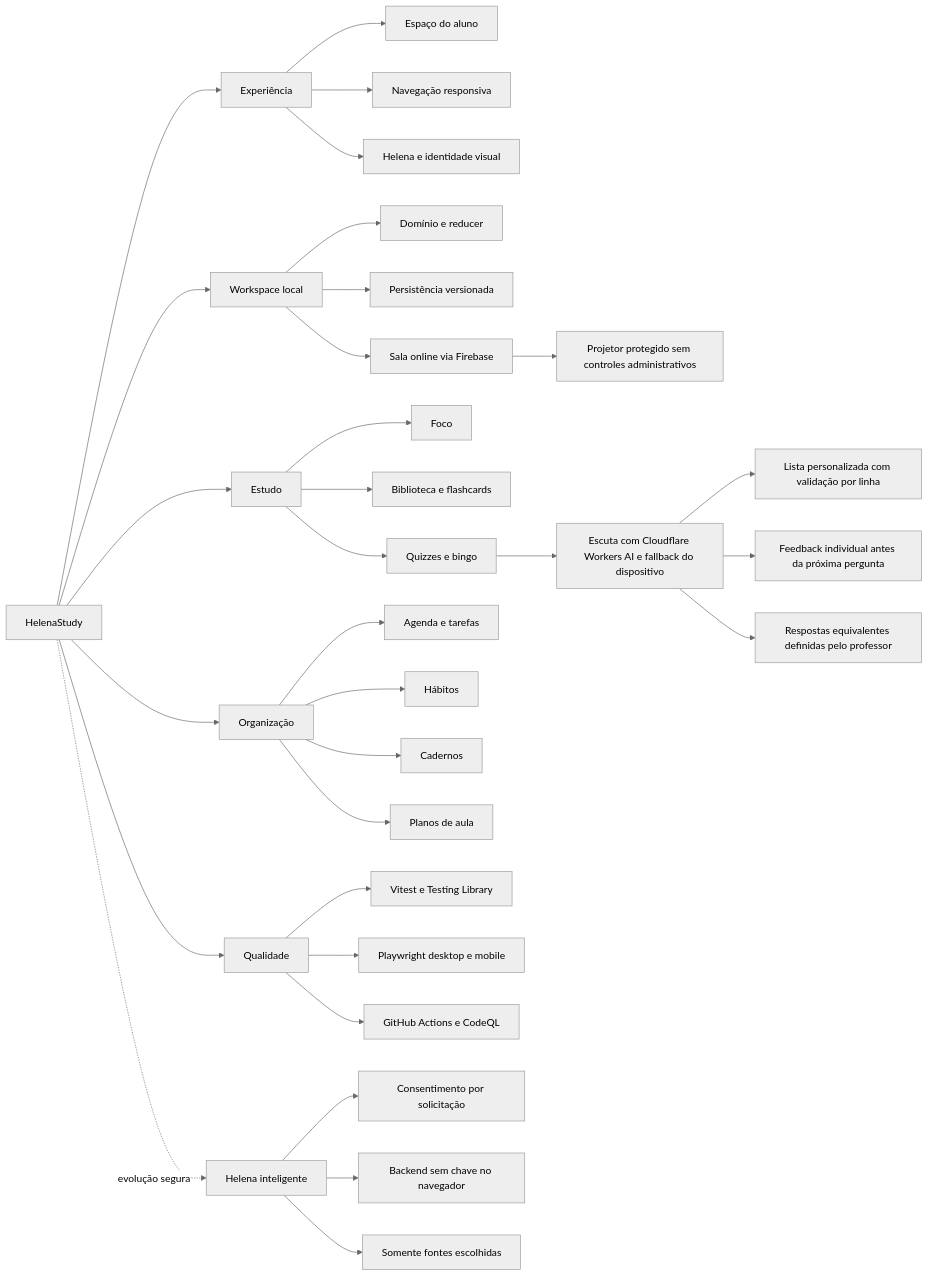
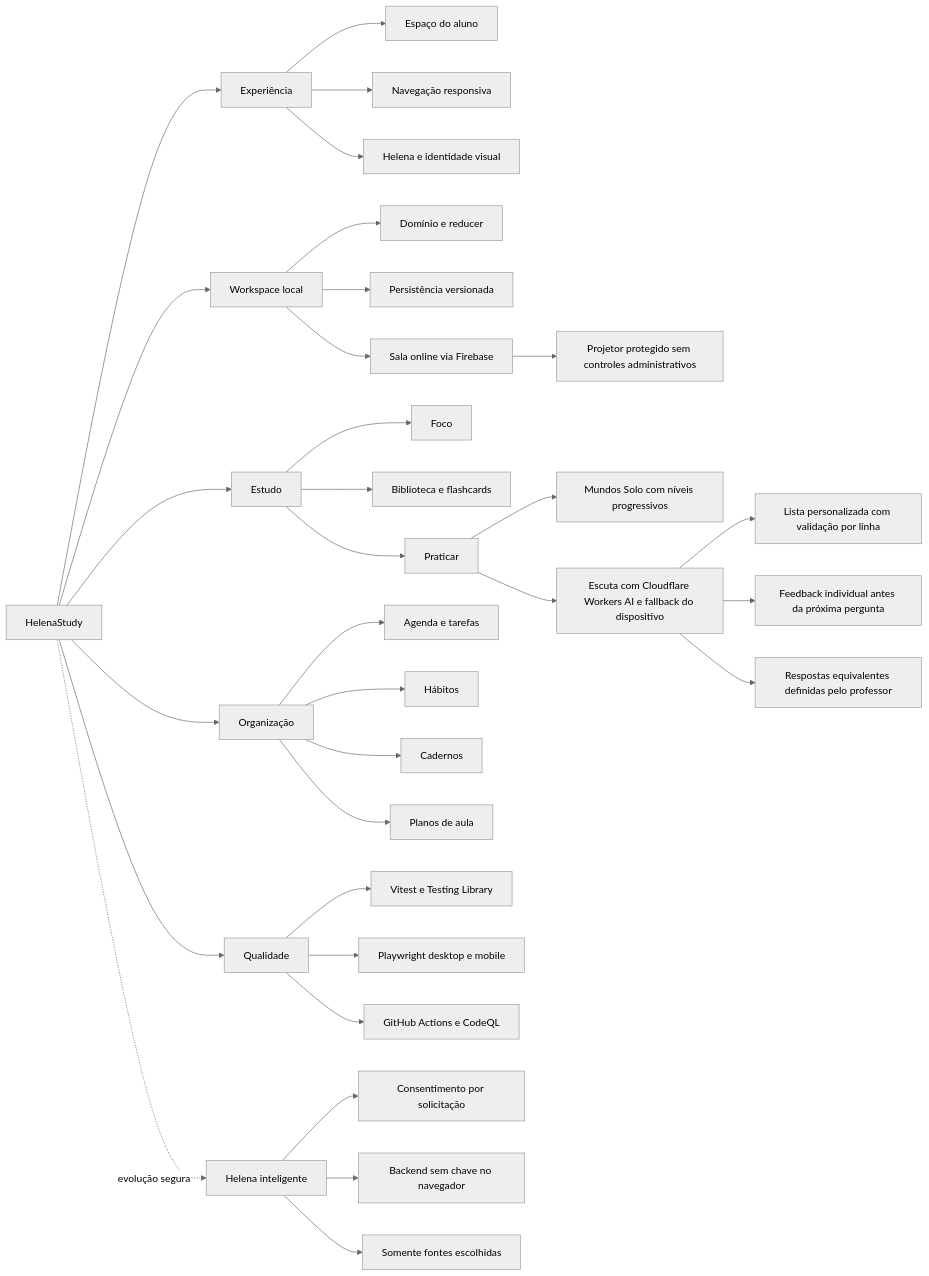
The diagram in docs/SECOND_BRAIN.md (olive644/helenastudy), drawn with Mermaid (neutral theme) before and after one commit. The commit also changed 12 other files, not shown here.

First line of the commit message:
feat: reorganiza Praticar em jornada Solo e Modo Sala (#120)

````diff
--- a/docs/SECOND_BRAIN.md
+++ b/docs/SECOND_BRAIN.md
@@ -77,39 +77,40 @@
 ```mermaid
 flowchart LR
   HS[HelenaStudy] --> UX[Experiência]
   HS --> DATA[Workspace local]
   HS --> STUDY[Estudo]
   HS --> ORG[Organização]
   HS --> QUALITY[Qualidade]
   HS -. evolução segura .-> INTEL[Helena inteligente]
 
   UX --> TODAY[Espaço do aluno]
   UX --> NAV[Navegação responsiva]
   UX --> BRAND[Helena e identidade visual]
 
   DATA --> DOMAIN[Domínio e reducer]
   DATA --> STORAGE[Persistência versionada]
   DATA --> ROOM[Sala online via Firebase]
 
   STUDY --> FOCUS[Foco]
   STUDY --> LIB[Biblioteca e flashcards]
-  STUDY --> PRACTICE[Quizzes e bingo]
+  STUDY --> PRACTICE[Praticar]
+  PRACTICE --> WORLDS[Mundos Solo com níveis progressivos]
   PRACTICE --> LISTEN[Escuta com Cloudflare Workers AI e fallback do dispositivo]
   LISTEN --> CUSTOM[Lista personalizada com validação por linha]
   LISTEN --> FEEDBACK[Feedback individual antes da próxima pergunta]
   ROOM --> PROJECTOR[Projetor protegido sem controles administrativos]
   LISTEN --> ALIASES[Respostas equivalentes definidas pelo professor]
 
   ORG --> PLAN[Agenda e tarefas]
   ORG --> HABITS[Hábitos]
   ORG --> NOTES[Cadernos]
   ORG --> LESSON[Planos de aula]
 
   QUALITY --> UNIT[Vitest e Testing Library]
   QUALITY --> E2E[Playwright desktop e mobile]
   QUALITY --> CI[GitHub Actions e CodeQL]
 
   INTEL --> CONSENT[Consentimento por solicitação]
   INTEL --> BACKEND[Backend sem chave no navegador]
   INTEL --> SOURCES[Somente fontes escolhidas]
 ```
````
